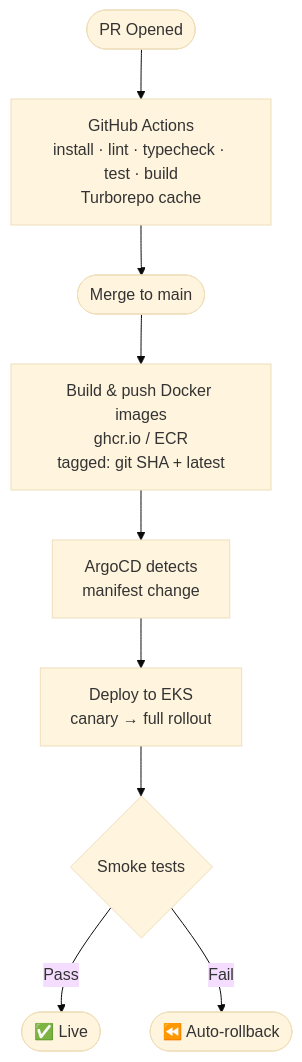
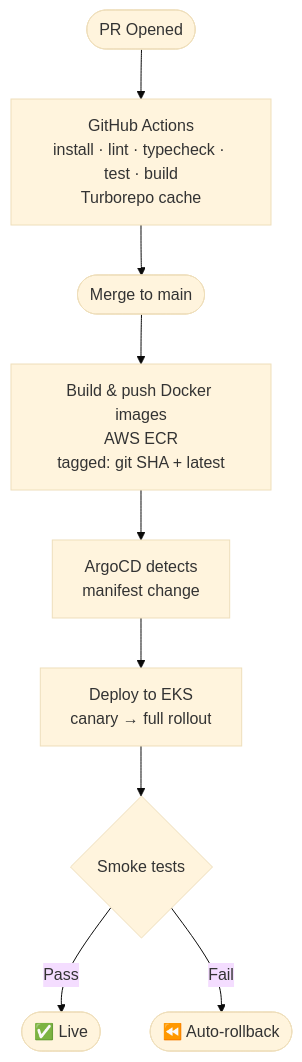
One commit to boxwhine/the-things-ive-seen changed the third of 3 diagrams in docs/ARCHITECTURE.md. Above: the diagram before and after it, drawn with Mermaid (base theme). The commit also changed other lines of this file and 6 other files, not shown here.

First line of the commit message:
Module 02: Add ECR publish workflow + AWS setup scripts (#67)

````diff
--- a/docs/ARCHITECTURE.md
+++ b/docs/ARCHITECTURE.md
@@ -121,21 +121,21 @@
 ```mermaid
 graph TD
     PR([PR Opened])
     CI["GitHub Actions<br/>install · lint · typecheck · test · build<br/>Turborepo cache"]
     Merge([Merge to main])
-    Push["Build & push Docker images<br/>ghcr.io / ECR<br/>tagged: git SHA + latest"]
+    Push["Build & push Docker images<br/>AWS ECR<br/>tagged: git SHA + latest"]
     Argo[ArgoCD detects<br/>manifest change]
     Deploy["Deploy to EKS<br/>canary → full rollout"]
     Smoke{Smoke tests}
     Live([✅ Live])
     Rollback([⏪ Auto-rollback])
 
     PR --> CI
     CI --> Merge
     Merge --> Push
     Push --> Argo
     Argo --> Deploy
     Deploy --> Smoke
     Smoke -->|Pass| Live
     Smoke -->|Fail| Rollback
 ```
````
